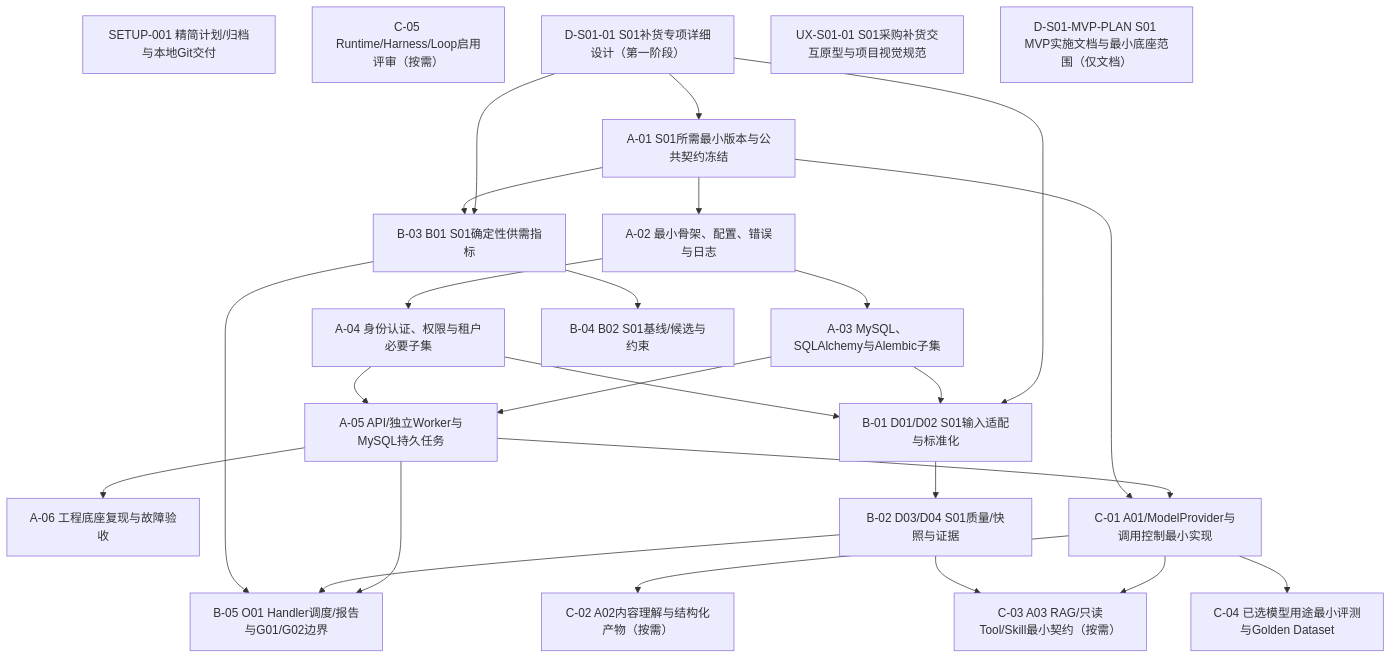
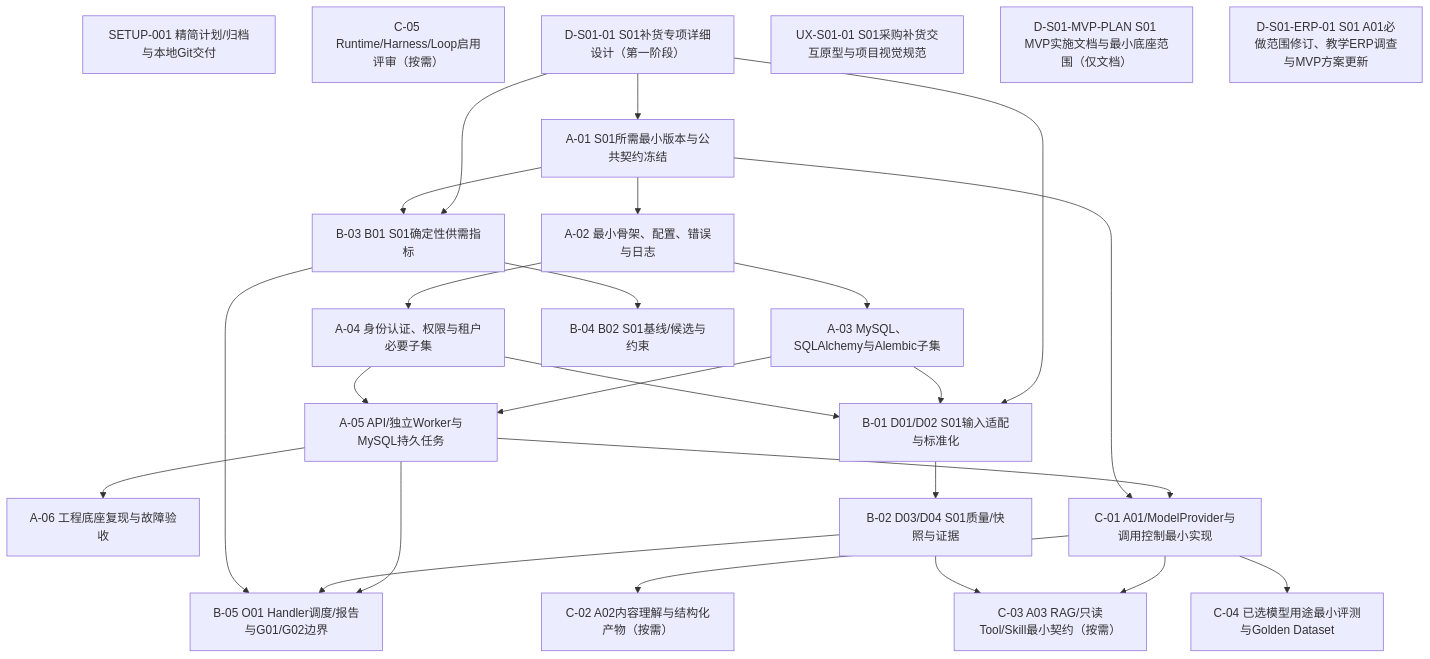
Before and after one commit to yujie-213/cross-border-ecommerce-ai-platform: the diagram in docs/generated/DEPENDENCIES.mmd, drawn with Mermaid. The commit also changed 4 other files, not shown here.

```diff
--- a/docs/generated/DEPENDENCIES.mmd
+++ b/docs/generated/DEPENDENCIES.mmd
@@ -1,45 +1,46 @@
-%% TASKS sourceSha256=e2949f01e95561ec1bad42447153f6e00173b90b3b0faf484ea682940065e92e
+%% TASKS sourceSha256=cf7149ba76b72c6c36f360f30022b118faf5484c882cbe0981d3c8810150135b
 flowchart TB
   SETUP_001["SETUP-001 精简计划/归档与本地Git交付"]
   A_01["A-01 S01所需最小版本与公共契约冻结"]
   A_02["A-02 最小骨架、配置、错误与日志"]
   A_03["A-03 MySQL、SQLAlchemy与Alembic子集"]
   A_04["A-04 身份认证、权限与租户必要子集"]
   A_05["A-05 API/独立Worker与MySQL持久任务"]
   A_06["A-06 工程底座复现与故障验收"]
   B_01["B-01 D01/D02 S01输入适配与标准化"]
   B_02["B-02 D03/D04 S01质量/快照与证据"]
   B_03["B-03 B01 S01确定性供需指标"]
   B_04["B-04 B02 S01基线/候选与约束"]
   B_05["B-05 O01 Handler调度/报告与G01/G02边界"]
   C_01["C-01 A01/ModelProvider与调用控制最小实现"]
   C_02["C-02 A02内容理解与结构化产物（按需）"]
   C_03["C-03 A03 RAG/只读Tool/Skill最小契约（按需）"]
   C_04["C-04 已选模型用途最小评测与Golden Dataset"]
   C_05["C-05 Runtime/Harness/Loop启用评审（按需）"]
   D_S01_01["D-S01-01 S01补货专项详细设计（第一阶段）"]
   UX_S01_01["UX-S01-01 S01采购补货交互原型与项目视觉规范"]
   D_S01_MVP_PLAN["D-S01-MVP-PLAN S01 MVP实施文档与最小底座范围（仅文档）"]
+  D_S01_ERP_01["D-S01-ERP-01 S01 A01必做范围修订、教学ERP调查与MVP方案更新"]
   D_S01_01 --> A_01
   A_01 --> A_02
   A_02 --> A_03
   A_02 --> A_04
   A_03 --> A_05
   A_04 --> A_05
   A_05 --> A_06
   D_S01_01 --> B_01
   A_03 --> B_01
   A_04 --> B_01
   B_01 --> B_02
   D_S01_01 --> B_03
   A_01 --> B_03
   B_03 --> B_04
   A_05 --> B_05
   B_02 --> B_05
   B_03 --> B_05
   A_05 --> C_01
   A_01 --> C_01
   C_01 --> C_02
   C_01 --> C_03
   B_02 --> C_03
   C_01 --> C_04
```
